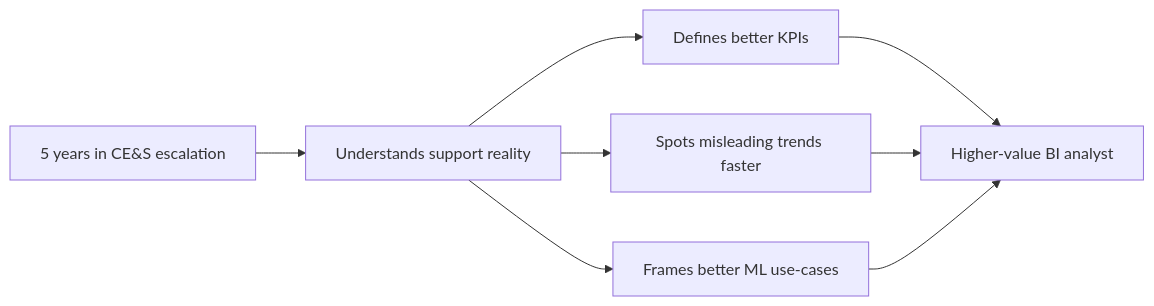
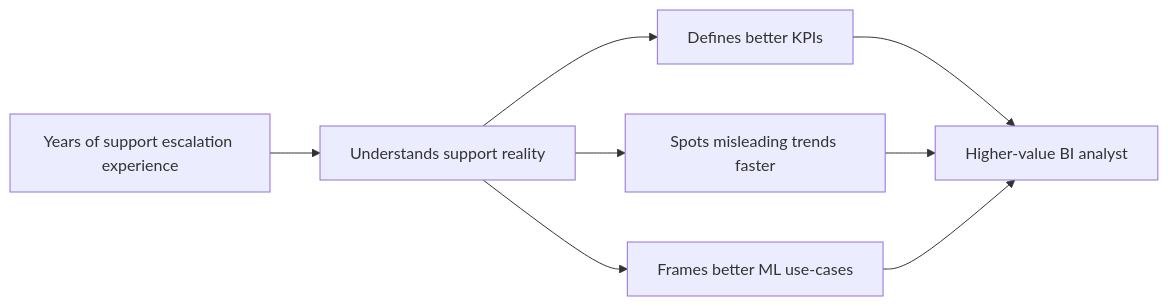
Before and after one commit to hichauhan-in/Interview-Prep: the first of 21 diagrams in BI Data Analyst/prep/Part-10-Support-Experience-Analytics-Domain.md, drawn with Mermaid. The commit also changed other lines of this file and 32 other files, not shown here.

````diff
--- a/BI Data Analyst/prep/Part-10-Support-Experience-Analytics-Domain.md
+++ b/BI Data Analyst/prep/Part-10-Support-Experience-Analytics-Domain.md
@@ -16,10 +16,10 @@
 ```mermaid
 flowchart LR
-    A[5 years in CE&S escalation] --> B[Understands support reality]
+    A[Years of support escalation experience] --> B[Understands support reality]
     B --> C[Defines better KPIs]
     B --> D[Spots misleading trends faster]
     B --> E[Frames better ML use-cases]
     C --> F[Higher-value BI analyst]
     D --> F
     E --> F
 ```
````
